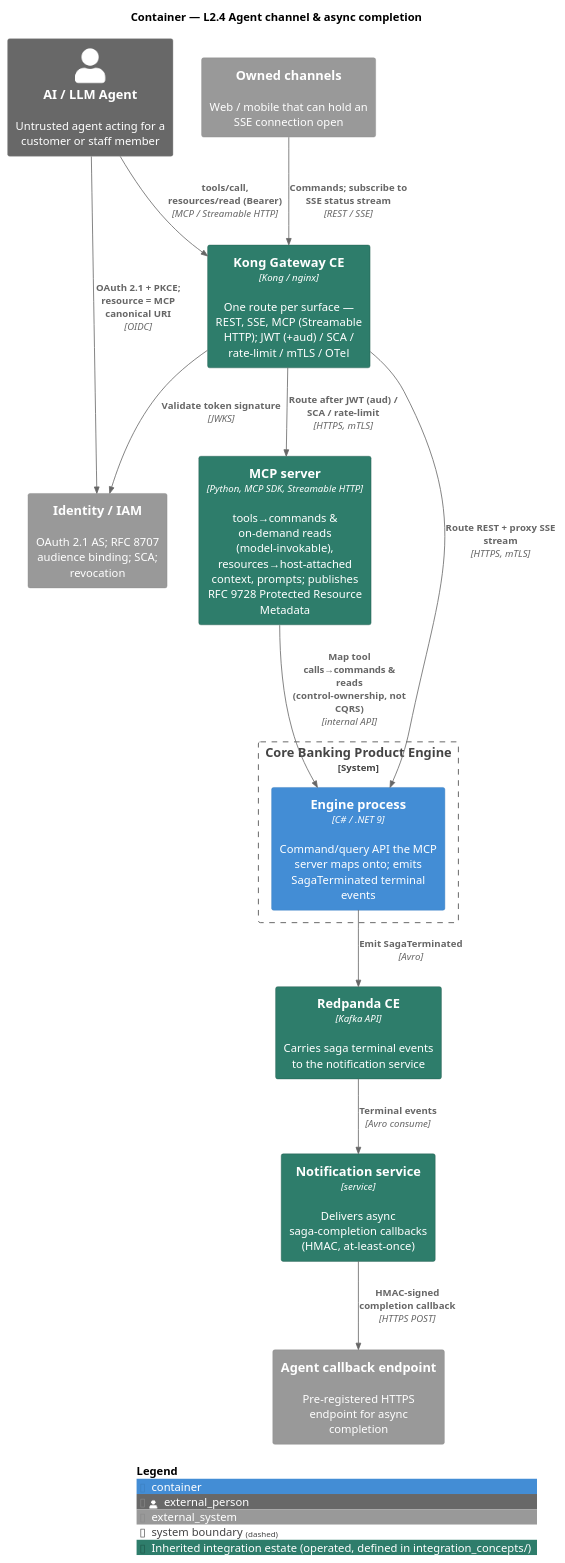
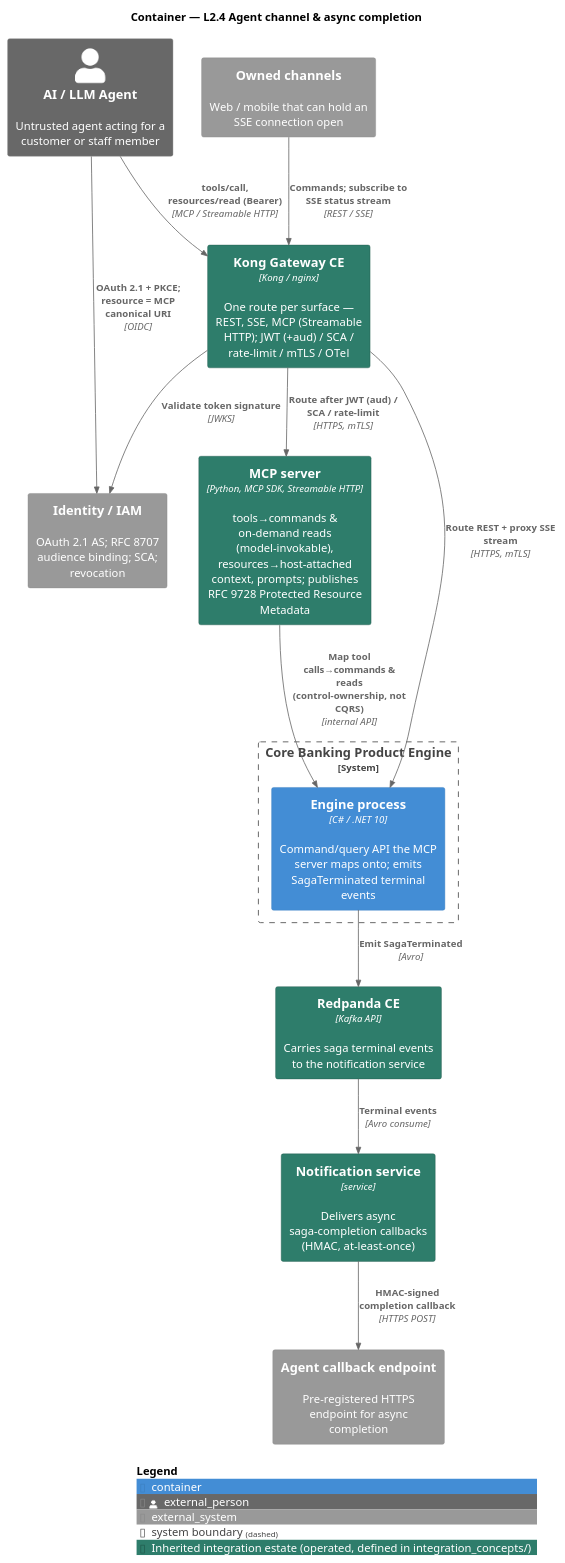
The diagram in docs/product-management/product_concepts/diagrams/c4-l2-agent-channel.puml (jhosm/archie), drawn with PlantUML before and after one commit. The commit also changed 21 other files, not shown here.

```diff
--- a/docs/product-management/product_concepts/diagrams/c4-l2-agent-channel.puml
+++ b/docs/product-management/product_concepts/diagrams/c4-l2-agent-channel.puml
@@ -1,37 +1,37 @@
 @startuml c4-l2-agent-channel
 ' Source of truth for Level 2.4 in ../feature-design-c4-architecture.md.
 ' Regenerate: plantuml -tsvg <this file>
 !include <C4/C4_Container>
 ' Remote fallback: !include https://raw.githubusercontent.com/plantuml-stdlib/C4-PlantUML/master/C4_Container.puml
 
 AddElementTag("estate", $bgColor="#2E7D6B", $fontColor="#FFFFFF", $borderColor="#1F5749", $legendText="Inherited integration estate (operated, defined in integration_concepts/)")
 
 title Container — L2.4 Agent channel & async completion
 
 Person_Ext(agent, "AI / LLM Agent", "Untrusted agent acting for a customer or staff member")
 System_Ext(channels, "Owned channels", "Web / mobile that can hold an SSE connection open")
 System_Ext(iam, "Identity / IAM", "OAuth 2.1 AS; RFC 8707 audience binding; SCA; revocation")
 System_Ext(subscriber, "Agent callback endpoint", "Pre-registered HTTPS endpoint for async completion")
 
 Container(kong, "Kong Gateway CE", "Kong / nginx", "One route per surface — REST, SSE, MCP (Streamable HTTP); JWT (+aud) / SCA / rate-limit / mTLS / OTel", $tags="estate")
 Container(mcp, "MCP server", "Python, MCP SDK, Streamable HTTP", "tools→commands & on-demand reads (model-invokable), resources→host-attached context, prompts; publishes RFC 9728 Protected Resource Metadata", $tags="estate")
 Container(redpanda, "Redpanda CE", "Kafka API", "Carries saga terminal events to the notification service", $tags="estate")
 Container(notify, "Notification service", "service", "Delivers async saga-completion callbacks (HMAC, at-least-once)", $tags="estate")
 
 System_Boundary(engine_sys, "Core Banking Product Engine") {
-  Container(engine, "Engine process", "C# / .NET 9", "Command/query API the MCP server maps onto; emits SagaTerminated terminal events")
+  Container(engine, "Engine process", "C# / .NET 10", "Command/query API the MCP server maps onto; emits SagaTerminated terminal events")
 }
 
 Rel(agent, iam, "OAuth 2.1 + PKCE; resource = MCP canonical URI", "OIDC")
 Rel(agent, kong, "tools/call, resources/read (Bearer)", "MCP / Streamable HTTP")
 Rel(channels, kong, "Commands; subscribe to SSE status stream", "REST / SSE")
 Rel(kong, iam, "Validate token signature", "JWKS")
 Rel(kong, mcp, "Route after JWT (aud) / SCA / rate-limit", "HTTPS, mTLS")
 Rel(kong, engine, "Route REST + proxy SSE stream", "HTTPS, mTLS")
 Rel(mcp, engine, "Map tool calls→commands & reads (control-ownership, not CQRS)", "internal API")
 Rel(engine, redpanda, "Emit SagaTerminated", "Avro")
 Rel(redpanda, notify, "Terminal events", "Avro consume")
 Rel(notify, subscriber, "HMAC-signed completion callback", "HTTPS POST")
 
 SHOW_LEGEND()
 @enduml
```
